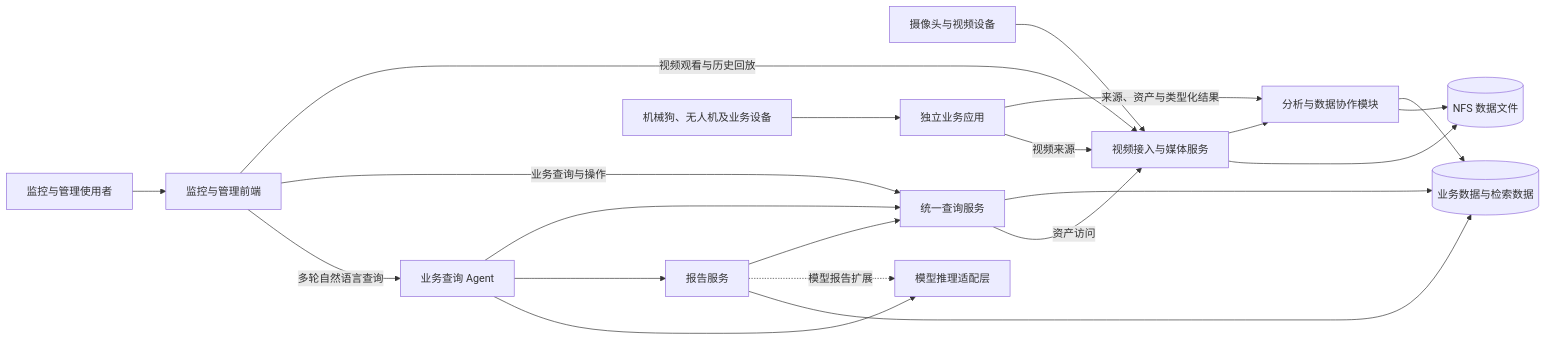
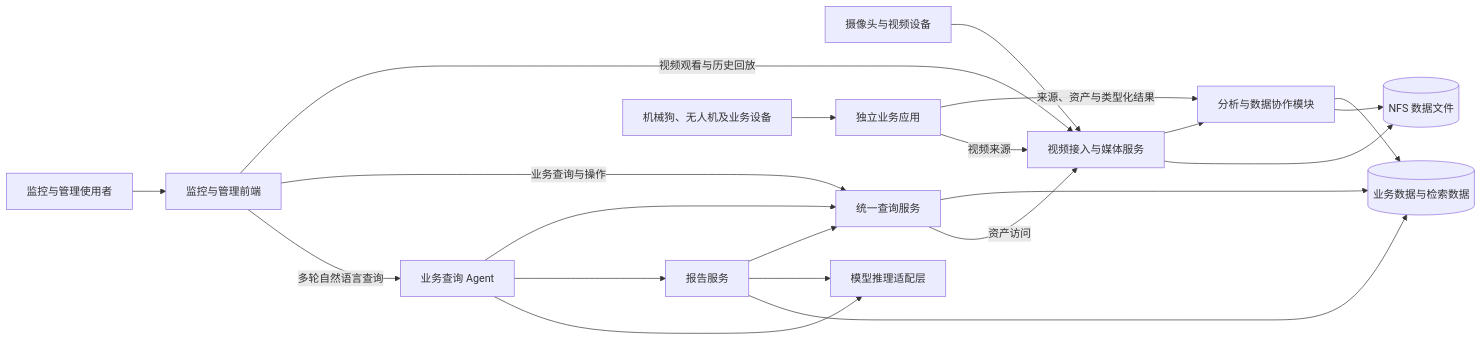
The first of 7 diagrams in docs/系统架构说明书.md (YwAcle/hxjm-monitor), drawn with Mermaid before and after one commit. The commit also changed other lines of this file and 1156 other files, not shown here.

````diff
--- a/docs/系统架构说明书.md
+++ b/docs/系统架构说明书.md
@@ -74,23 +43,23 @@
 ```mermaid
 flowchart LR
   CAM[摄像头与视频设备] --> MEDIA[视频接入与媒体服务]
   USER[监控与管理使用者] --> UI[监控与管理前端]
   UI -->|视频观看与历史回放| MEDIA
   UI -->|业务查询与操作| QUERY[统一查询服务]
   UI -->|多轮自然语言查询| AGENT[业务查询 Agent]
   AGENT --> QUERY
   AGENT --> REPORT[报告服务]
   AGENT --> MODEL[模型推理适配层]
   REPORT --> QUERY
-  REPORT -. 模型报告扩展 .-> MODEL
+  REPORT --> MODEL
   MEDIA --> PLATFORM[分析与数据协作模块]
   PLATFORM --> DATA[(业务数据与检索数据)]
   MEDIA --> FILES[(NFS 数据文件)]
   PLATFORM --> FILES
   QUERY --> DATA
   QUERY -->|资产访问| MEDIA
   REPORT --> DATA
   DEVICE[机械狗、无人机及业务设备] --> APP[独立业务应用]
   APP -->|来源、资产与类型化结果| PLATFORM
   APP -->|视频来源| MEDIA
 ```
````
